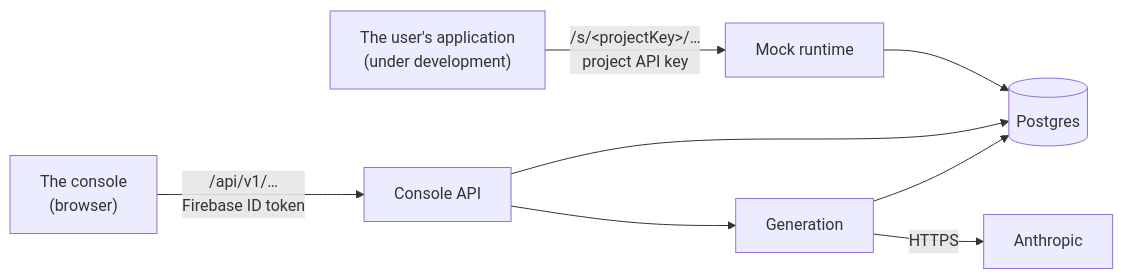
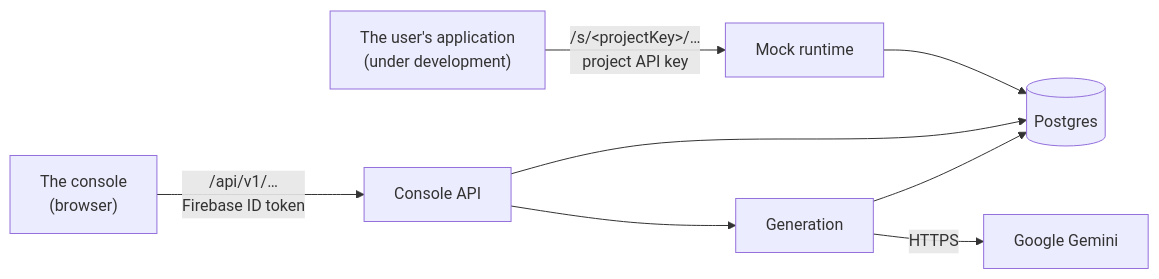
The diagram in docs/01-architecture/hld.md (mudgalprashant/drovi-backend), drawn with Mermaid before and after one commit. The commit also changed 10 other files, not shown here.

````diff
--- a/docs/01-architecture/hld.md
+++ b/docs/01-architecture/hld.md
@@ -29,10 +29,10 @@
 ```mermaid
 flowchart LR
     APP["The user's application<br/>(under development)"] -->|"/s/&lt;projectKey&gt;/…<br/>project API key"| RT
     UI["The console<br/>(browser)"] -->|"/api/v1/…<br/>Firebase ID token"| API
     RT[Mock runtime] --> DB[(Postgres)]
     API[Console API] --> DB
     GEN[Generation] --> DB
-    GEN -->|HTTPS| AI[Anthropic]
+    GEN -->|HTTPS| AI[Google Gemini]
     API --> GEN
 ```
````
